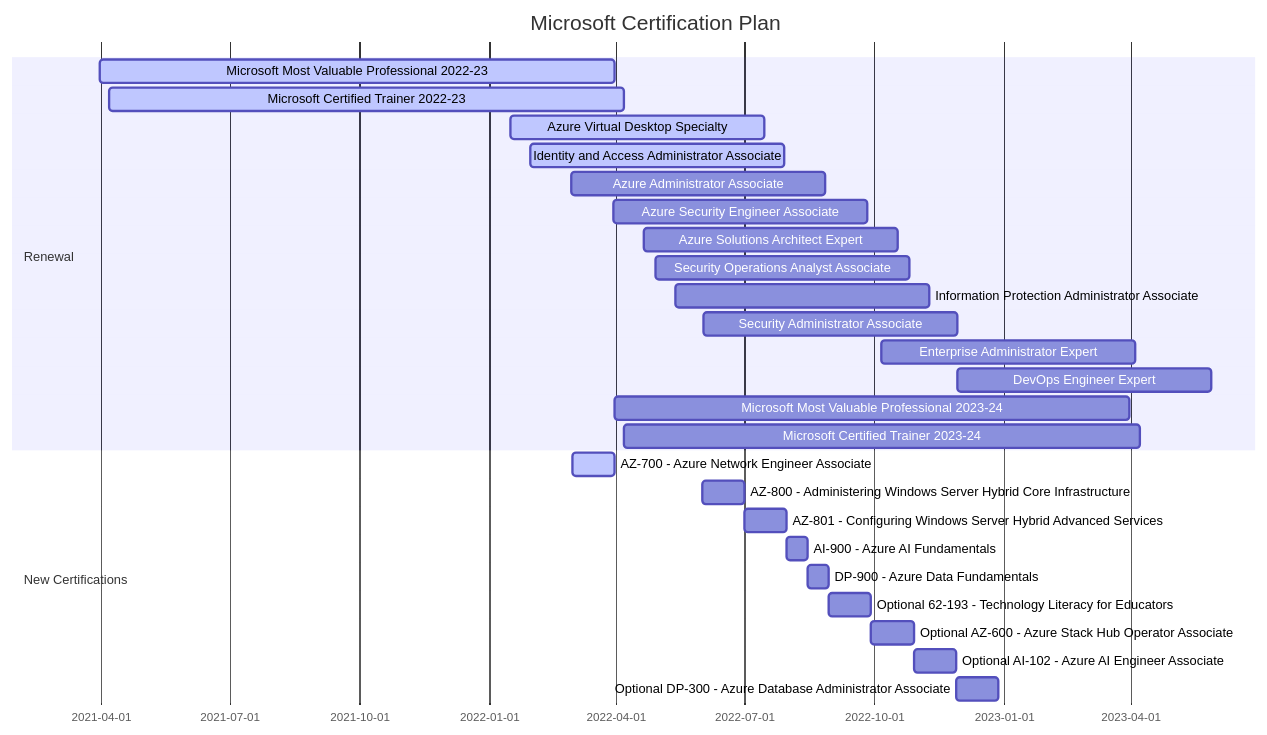
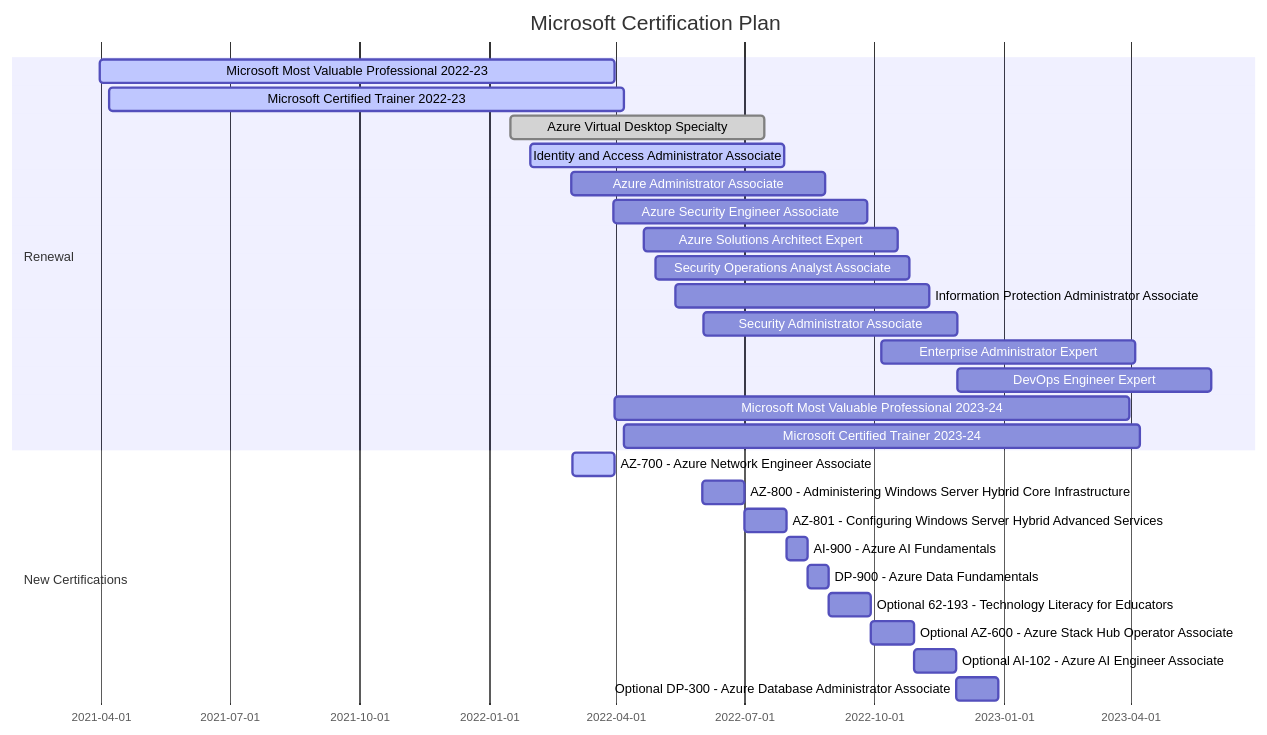
The diagram in README.md (vukasinterzic/vukasinterzic), drawn with Mermaid before and after one commit.

Commit message:
completed avd

````diff
--- a/README.md
+++ b/README.md
@@ -38,31 +38,31 @@
 ```mermaid
     gantt
     title Microsoft Certification Plan
     dateFormat  YYYY-MM-DD
     section Renewal
     Microsoft Most Valuable Professional 2022-23    :active, 2021-03-31, 365d
     Microsoft Certified Trainer 2022-23             :active, 2021-04-07, 365d
-    Azure Virtual Desktop Specialty                 :active, 2022-01-16, 180d
+    Azure Virtual Desktop Specialty                 :done, 2022-01-16, 180d
     Identity and Access Administrator Associate     :active, 2022-01-30, 180d
     Azure Administrator Associate                   :a2, 2022-02-28, 180d
     Azure Security Engineer Associate               :a3, 2022-03-30, 180d
     Azure Solutions Architect Expert                :a4, 2022-04-21, 180d
     Security Operations Analyst Associate           :a5, 2022-04-29, 180d
     Information Protection Administrator Associate  :a6, 2022-05-13, 180d
     Security Administrator Associate                :a7, 2022-06-02, 180d
     Enterprise Administrator Expert                 :a8, 2022-10-06, 180d
     DevOps Engineer Expert                          :a9, 2022-11-29, 180d
     Microsoft Most Valuable Professional 2023-24    :a10, 2022-03-31, 365d
     Microsoft Certified Trainer 2023-24             :a11, 2022-04-07, 365d
 
     section New Certifications
     AZ-700 - Azure Network Engineer Associate       :active, 2022-03-01, 30d
     AZ-800 - Administering Windows Server Hybrid Core Infrastructure    :a12, 2022-06-01, 30d
     AZ-801 - Configuring Windows Server Hybrid Advanced Services        :a13, after a12, 30d
     AI-900 - Azure AI Fundamentals                                      :a14, after a13, 15d
     DP-900 - Azure Data Fundamentals                                    :a15, after a14, 15d
     Optional 62-193 - Technology Literacy for Educators                 :a16, after a15, 30d
     Optional AZ-600 - Azure Stack Hub Operator Associate                :a17, after a16, 30d
     Optional AI-102 - Azure AI Engineer Associate                       :a18, after a17, 30d
     Optional DP-300 - Azure Database Administrator Associate            :a19, after a18, 30d
 ```
````
